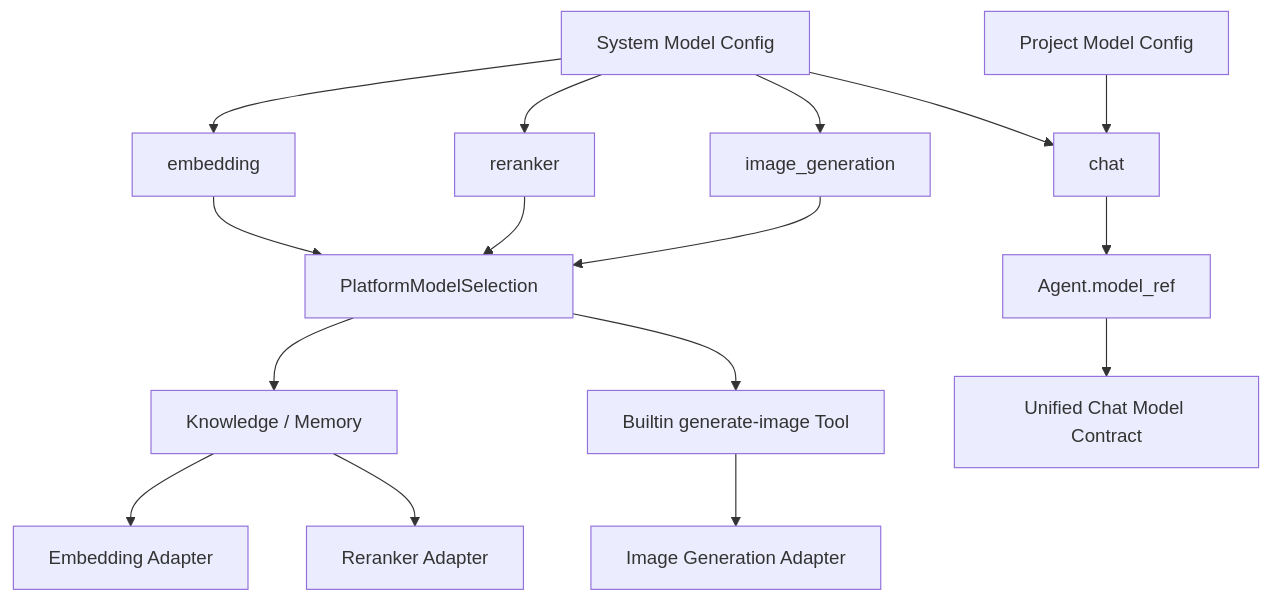
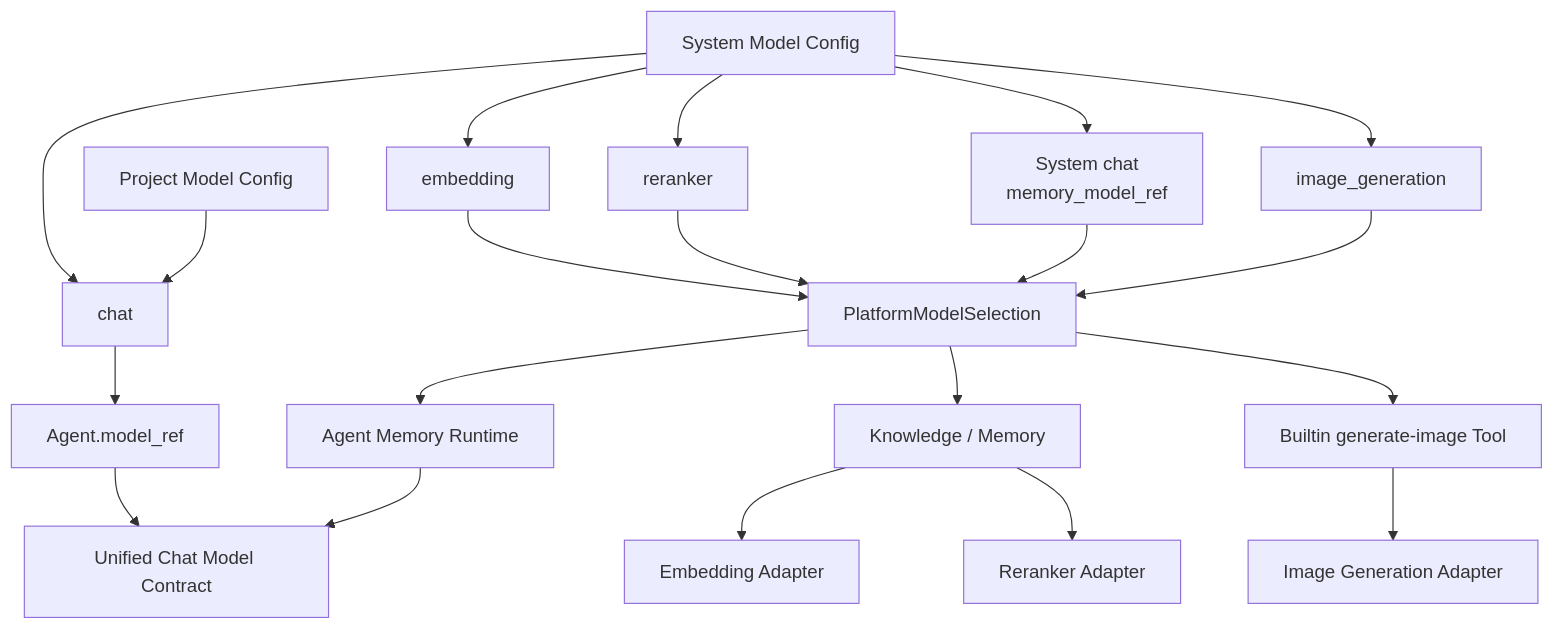
One commit to LunaDeerTech/agenteam changed the third of 9 diagrams in docs/architecture/platform-infrastructure/model-system.md. Above: the diagram before and after it, drawn with Mermaid. The commit also changed other lines of this file and 33 other files, not shown here.

Commit message:
docs: finalize knowledge and memory architecture

```diff
--- a/docs/architecture/platform-infrastructure/model-system.md
+++ b/docs/architecture/platform-infrastructure/model-system.md
@@ -339,41 +340,48 @@
 ~~~mermaid
 flowchart TB
     System["System Model Config"]
     Project["Project Model Config"]
 
     Chat["chat"]
+    MemoryChat["System chat<br/>memory_model_ref"]
     Emb["embedding"]
     Rank["reranker"]
     Image["image_generation"]
 
     Agent["Agent.model_ref"]
     Select["PlatformModelSelection"]
     KM["Knowledge / Memory"]
+    MemoryRuntime["Agent Memory Runtime"]
     ImageTool["Builtin generate-image Tool"]
 
     ChatAdapter["Unified Chat Model Contract"]
     EmbAdapter["Embedding Adapter"]
     RankAdapter["Reranker Adapter"]
     ImageAdapter["Image Generation Adapter"]
 
     System --> Chat
+    System --> MemoryChat
     System --> Emb
     System --> Rank
     System --> Image
 
     Project --> Chat
 
     Chat --> Agent
     Agent --> ChatAdapter
 
     Emb --> Select
     Rank --> Select
+    MemoryChat --> Select
     Image --> Select
 
     Select --> KM
     KM --> EmbAdapter
     KM --> RankAdapter
 
+    Select --> MemoryRuntime
+    MemoryRuntime --> ChatAdapter
+
     Select --> ImageTool
     ImageTool --> ImageAdapter
 ~~~
```
